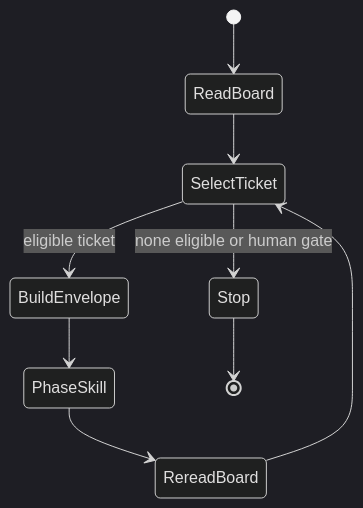
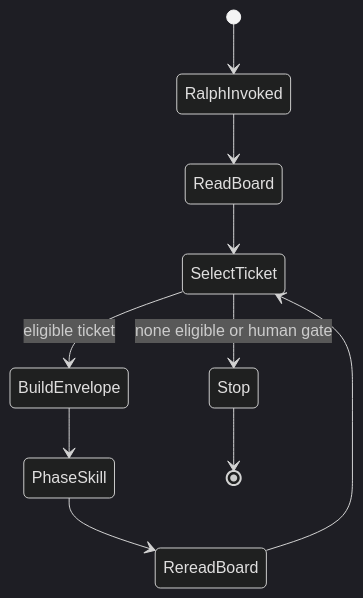
One commit to ZanarkandTechnologies/Farplane changed the third of 4 diagrams in docs/specs/board-compute-orchestration.md. Above: the diagram before and after it, drawn with Mermaid (dark theme). The commit also changed other lines of this file and 17 other files, not shown here.

````diff
--- a/docs/specs/board-compute-orchestration.md
+++ b/docs/specs/board-compute-orchestration.md
@@ -334,11 +350,12 @@
 ```mermaid
 stateDiagram-v2
-  [*] --> ReadBoard
+  [*] --> RalphInvoked
+  RalphInvoked --> ReadBoard
   ReadBoard --> SelectTicket
   SelectTicket --> Stop: none eligible or human gate
   SelectTicket --> BuildEnvelope: eligible ticket
   BuildEnvelope --> PhaseSkill
   PhaseSkill --> RereadBoard
   RereadBoard --> SelectTicket
   Stop --> [*]
 ```
````
